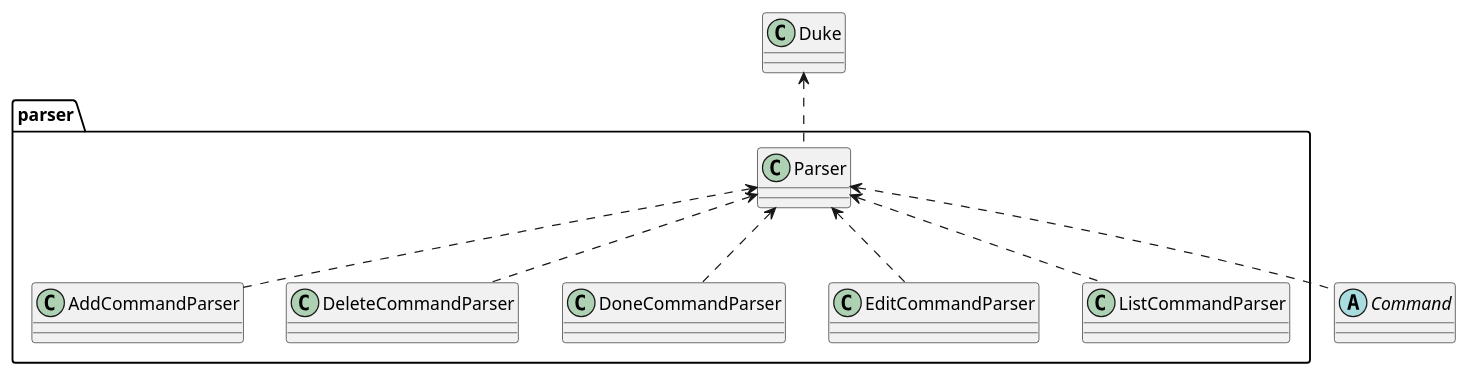
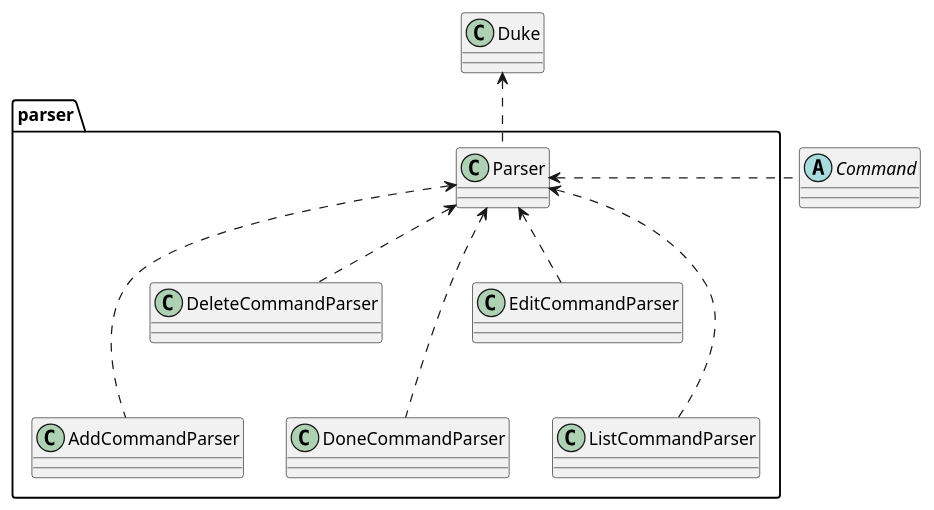
One commit to wangqinNick/tp changed the diagram in docs/diagrams/UML/ParserClassDiagram.puml. Above: the diagram before and after it, drawn with PlantUML. The commit also changed 1 other file, not shown here.

Commit message:
Made diagrams more compact

```diff
--- a/docs/diagrams/UML/ParserClassDiagram.puml
+++ b/docs/diagrams/UML/ParserClassDiagram.puml
@@ -1,21 +1,21 @@
 @startuml
 
 class Duke
 abstract class Command
 package parser {
     class Parser
     class AddCommandParser
     class DeleteCommandParser
     class DoneCommandParser
     class EditCommandParser
     class ListCommandParser
 }
 Duke <.. Parser
-Parser <.. Command
-Parser <.. AddCommandParser
+Parser <. Command
+Parser <... AddCommandParser
 Parser <.. DeleteCommandParser
-Parser <.. DoneCommandParser
+Parser <... DoneCommandParser
 Parser <.. EditCommandParser
-Parser <.. ListCommandParser
+Parser <... ListCommandParser
 
 @enduml
```
